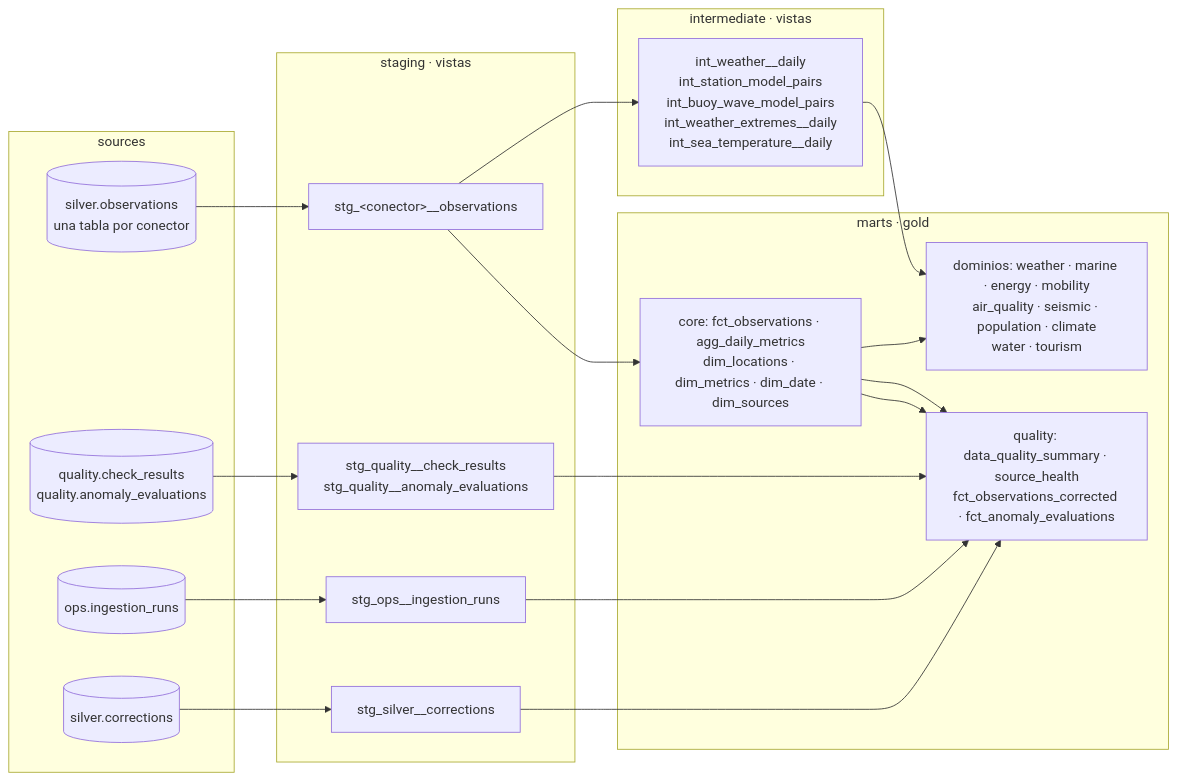
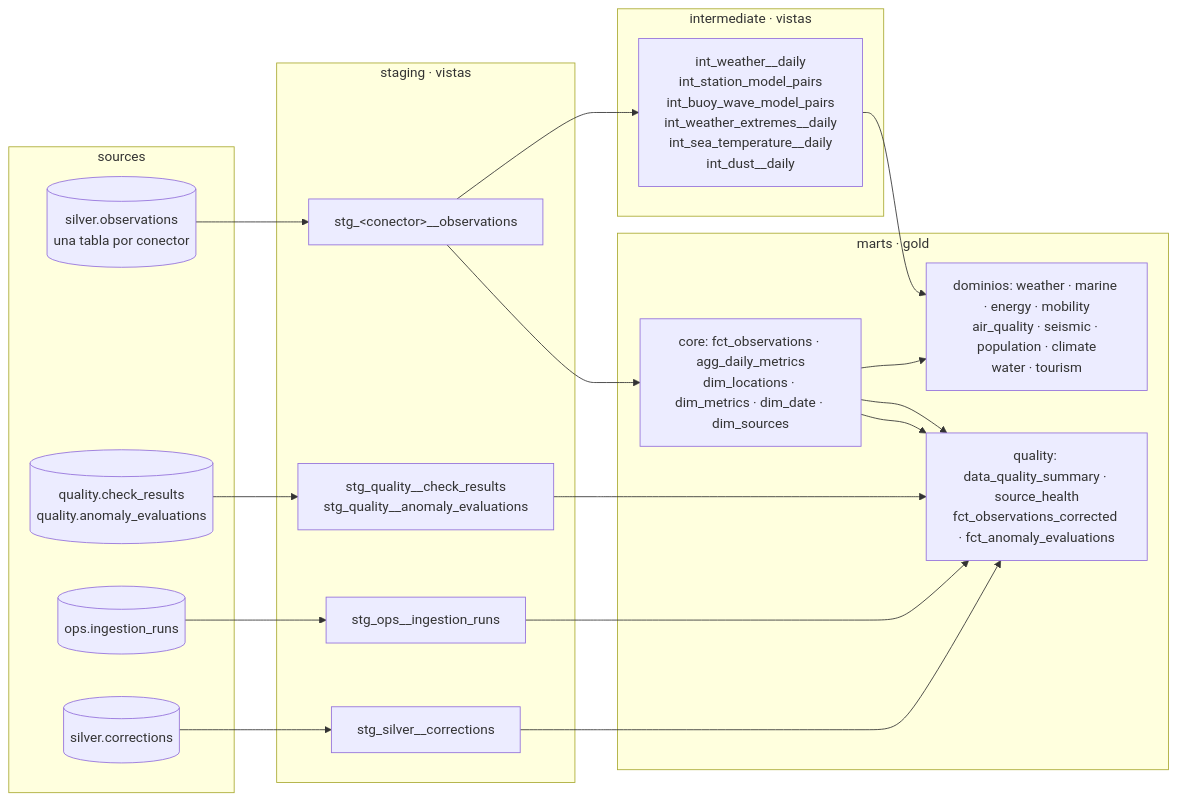
The diagram in dbt/README.md (AlexandreColl/MallorcaDataPlatform), drawn with Mermaid before and after one commit. The commit also changed other lines of this file and 29 other files, not shown here.

First line of the commit message:
✨ feat(dbt): add pollen levels and saharan dust episodes with their station pm10

````diff
--- a/dbt/README.md
+++ b/dbt/README.md
@@ -10,30 +10,30 @@
 ```mermaid
 flowchart LR
     subgraph sources[sources]
         S1[(silver.observations<br/>una tabla por conector)]
         S2[(quality.check_results<br/>quality.anomaly_evaluations)]
         S3[(ops.ingestion_runs)]
         S4[(silver.corrections)]
     end
     subgraph staging[staging · vistas]
         ST[stg_&lt;conector&gt;__observations]
         SQ[stg_quality__check_results<br/>stg_quality__anomaly_evaluations]
         SO[stg_ops__ingestion_runs]
         SC[stg_silver__corrections]
     end
     subgraph intermediate[intermediate · vistas]
-        IW[int_weather__daily<br/>int_station_model_pairs<br/>int_buoy_wave_model_pairs<br/>int_weather_extremes__daily<br/>int_sea_temperature__daily]
+        IW[int_weather__daily<br/>int_station_model_pairs<br/>int_buoy_wave_model_pairs<br/>int_weather_extremes__daily<br/>int_sea_temperature__daily<br/>int_dust__daily]
     end
     subgraph marts[marts · gold]
         C[core: fct_observations · agg_daily_metrics<br/>dim_locations · dim_metrics · dim_date · dim_sources]
         D[dominios: weather · marine · energy · mobility<br/>air_quality · seismic · population · climate<br/>water · tourism]
         Q[quality: data_quality_summary · source_health<br/>fct_observations_corrected · fct_anomaly_evaluations]
     end
     S1 --> ST --> IW --> D
     ST --> C --> D
     S2 --> SQ --> Q
     S3 --> SO --> Q
     S4 --> SC --> Q
     C --> Q
     C --> Q
 ```
````
